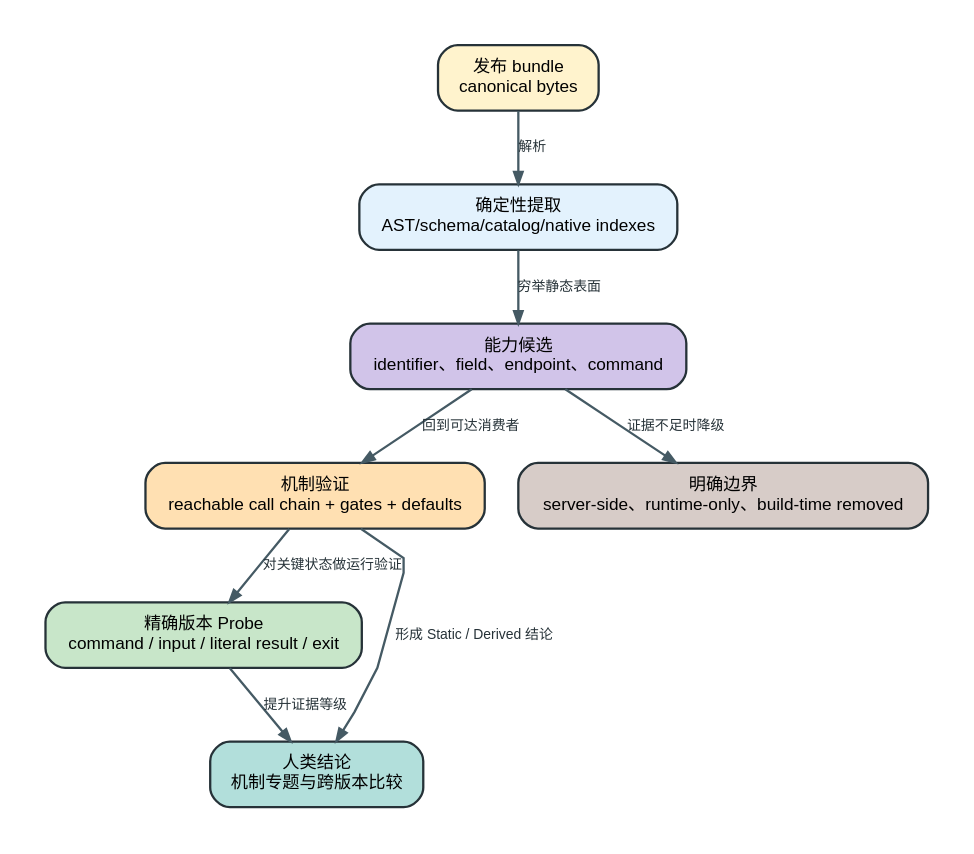
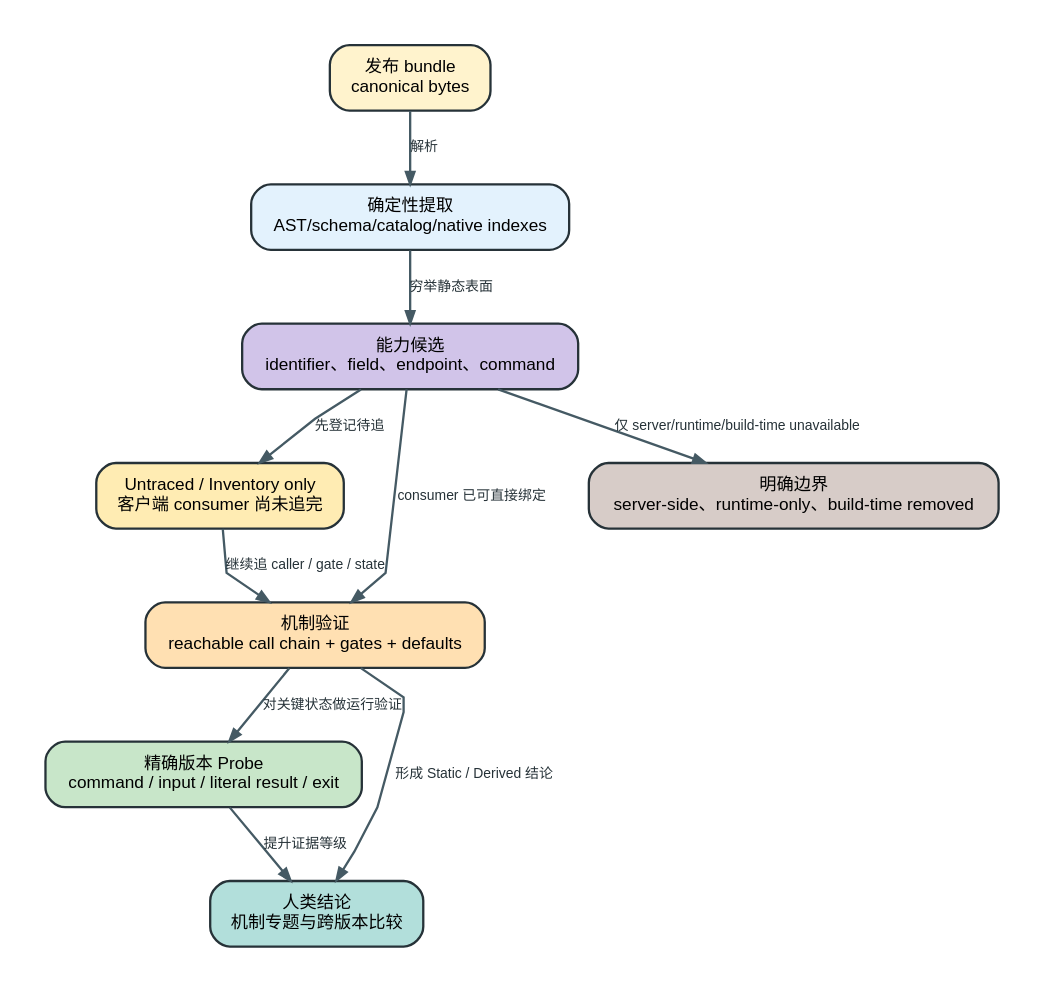
Before and after one commit to SwallOwDili/claudecodecli-sourcecode: the diagram in analysis/visuals/evidence-surface-lifecycle.dot, drawn with Graphviz. The commit also changed 23 other files, not shown here.

```diff
--- a/analysis/visuals/evidence-surface-lifecycle.dot
+++ b/analysis/visuals/evidence-surface-lifecycle.dot
@@ -1,21 +1,24 @@
 digraph evidence_surface_lifecycle {
   graph [rankdir=TB, bgcolor="#ffffff", pad="0.28", nodesep="0.28", ranksep="0.48", splines=polyline, fontname="Arial, PingFang SC, Microsoft YaHei"];
   node [shape=box, style="rounded,filled", color="#263238", penwidth=1.4, margin="0.16,0.11", fontname="Arial, PingFang SC, Microsoft YaHei", fontsize=10.5];
   edge [color="#455a64", penwidth=1.4, arrowsize=0.75, fontname="Arial, PingFang SC, Microsoft YaHei", fontsize=8.5, fontcolor="#263238"];
 
   bundle [label="发布 bundle\ncanonical bytes", fillcolor="#fff3cd"];
   structured [label="确定性提取\nAST/schema/catalog/native indexes", fillcolor="#e3f2fd"];
   candidate [label="能力候选\nidentifier、field、endpoint、command", fillcolor="#d1c4e9"];
+  untraced [label="Untraced / Inventory only\n客户端 consumer 尚未追完", fillcolor="#ffecb3"];
   mechanism [label="机制验证\nreachable call chain + gates + defaults", fillcolor="#ffe0b2"];
   probe [label="精确版本 Probe\ncommand / input / literal result / exit", fillcolor="#c8e6c9"];
   docs [label="人类结论\n机制专题与跨版本比较", fillcolor="#b2dfdb"];
   boundary [label="明确边界\nserver-side、runtime-only、build-time removed", fillcolor="#d7ccc8"];
 
   bundle -> structured [label="解析"];
   structured -> candidate [label="穷举静态表面"];
-  candidate -> mechanism [label="回到可达消费者"];
+  candidate -> untraced [label="先登记待追"];
+  untraced -> mechanism [label="继续追 caller / gate / state"];
+  candidate -> mechanism [label="consumer 已可直接绑定"];
   mechanism -> probe [label="对关键状态做运行验证"];
   probe -> docs [label="提升证据等级"];
   mechanism -> docs [label="形成 Static / Derived 结论"];
-  candidate -> boundary [label="证据不足时降级"];
+  candidate -> boundary [label="仅 server/runtime/build-time unavailable"];
 }
```
